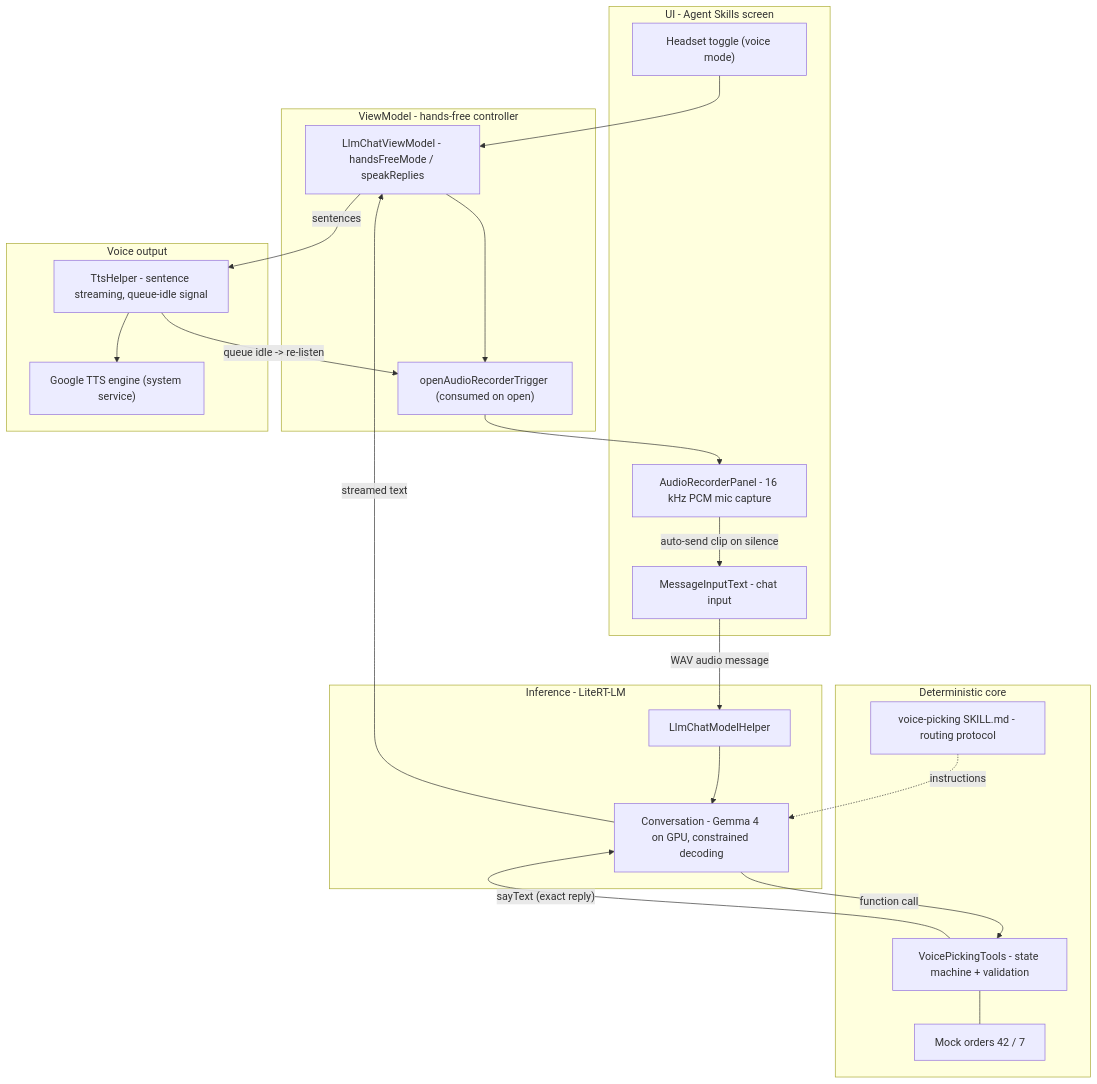
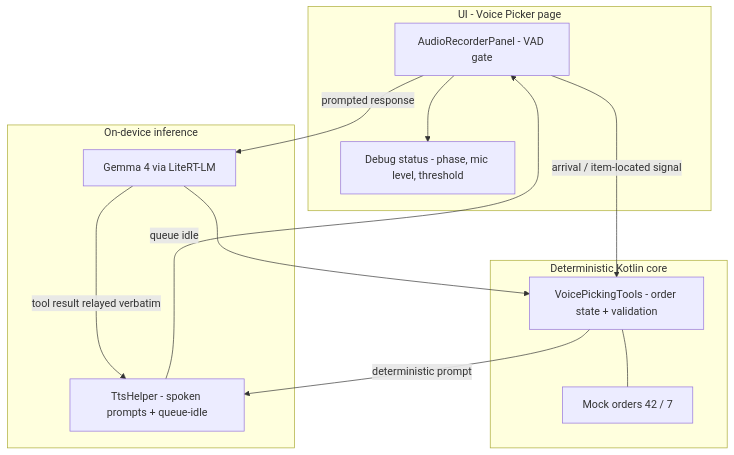
The first of 3 diagrams in Android/docs/voice-picking-demo.md (rahullokesh/gallery), drawn with Mermaid before and after one commit. The commit also changed other lines of this file and 20 other files, not shown here.

Commit message:
hands-free initial

````diff
--- a/Android/docs/voice-picking-demo.md
+++ b/Android/docs/voice-picking-demo.md
@@ -10,42 +16,26 @@
 ```mermaid
 flowchart TB
-  subgraph UI["UI - Agent Skills screen"]
-    TOGGLE["Headset toggle (voice mode)"]
-    INPUT["MessageInputText - chat input"]
-    REC["AudioRecorderPanel - 16 kHz PCM mic capture"]
+  subgraph UI["UI - Voice Picker page"]
+    VAD["AudioRecorderPanel - VAD gate"]
+    DEBUG["Debug status - phase, mic level, threshold"]
   end
 
-  subgraph VM["ViewModel - hands-free controller"]
-    HF["LlmChatViewModel - handsFreeMode / speakReplies"]
-    TRIG["openAudioRecorderTrigger (consumed on open)"]
+  subgraph CORE["Deterministic Kotlin core"]
+    STATE["VoicePickingTools - order state + validation"]
+    DATA["Mock orders 42 / 7"]
   end
 
-  subgraph VOICE["Voice output"]
-    TTS["TtsHelper - sentence streaming, queue-idle signal"]
-    ENGINE_TTS["Google TTS engine (system service)"]
+  subgraph AI["On-device inference"]
+    GEMMA["Gemma 4 via LiteRT-LM"]
+    TTS["TtsHelper - spoken prompts + queue-idle"]
   end
 
-  subgraph INF["Inference - LiteRT-LM"]
-    HELPER["LlmChatModelHelper"]
-    CONV["Conversation - Gemma 4 on GPU, constrained decoding"]
-  end
-
-  subgraph TOOLS["Deterministic core"]
-    VPT["VoicePickingTools - state machine + validation"]
-    DATA["Mock orders 42 / 7"]
-    SKILL["voice-picking SKILL.md - routing protocol"]
-  end
-
-  TOGGLE --> HF
-  HF --> TRIG --> REC
-  REC -- "auto-send clip on silence" --> INPUT
-  INPUT -- "WAV audio message" --> HELPER
-  HELPER --> CONV
-  CONV -- "function call" --> VPT
-  VPT --- DATA
-  SKILL -. "instructions" .-> CONV
-  VPT -- "sayText (exact reply)" --> CONV
-  CONV -- "streamed text" --> HF
-  HF -- "sentences" --> TTS --> ENGINE_TTS
-  TTS -- "queue idle -> re-listen" --> TRIG
+  VAD --> DEBUG
+  VAD -- "prompted response" --> GEMMA
+  VAD -- "arrival / item-located signal" --> STATE
+  GEMMA --> STATE
+  STATE --- DATA
+  STATE -- "deterministic prompt" --> TTS
+  GEMMA -- "tool result relayed verbatim" --> TTS
+  TTS -- "queue idle" --> VAD
 ```
````
